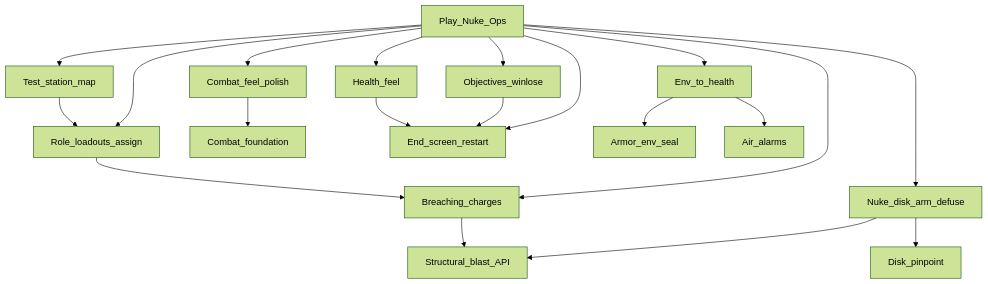
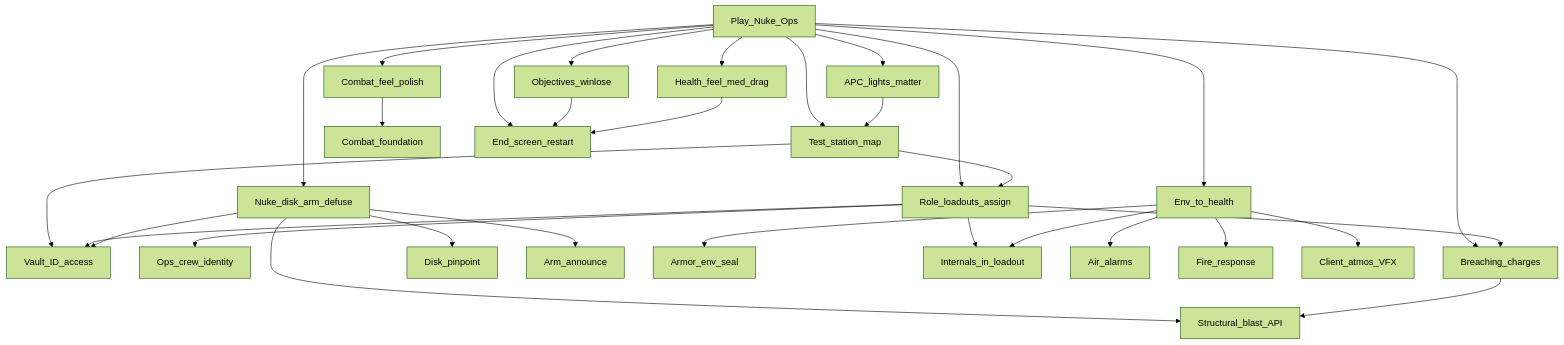
The diagram in Documents/milestones/mvp1-nuke-ops.md (henkhooft/SS3D), drawn with Mermaid (forest theme) before and after one commit. The commit also changed other lines of this file and 5 other files, not shown here.

First line of the commit message:
Widen MVP1 playtest bar and mark client atmos VFX shipped.

````diff
--- a/Documents/milestones/mvp1-nuke-ops.md
+++ b/Documents/milestones/mvp1-nuke-ops.md
@@ -27,38 +28,56 @@
 ```mermaid
 flowchart TB
   mvp1[Play_Nuke_Ops]
   map[Test_station_map]
   loadout[Role_loadouts_assign]
+  access[Vault_ID_access]
+  identity[Ops_crew_identity]
   combat[Combat_foundation]
   polish[Combat_feel_polish]
-  healthfeel[Health_feel]
+  healthfeel[Health_feel_med_drag]
   struct[Structural_blast_API]
   breach[Breaching_charges]
   nuke[Nuke_disk_arm_defuse]
   locator[Disk_pinpoint]
+  announce[Arm_announce]
   mode[Objectives_winlose]
   roundend[End_screen_restart]
   env[Env_to_health]
   armorseal[Armor_env_seal]
+  internals[Internals_in_loadout]
   alarms[Air_alarms]
+  fire[Fire_response]
+  power[APC_lights_matter]
+  atmosvfx[Client_atmos_VFX]
 
   mvp1 --> map
   mvp1 --> loadout
   mvp1 --> polish
   mvp1 --> healthfeel
   mvp1 --> nuke
   mvp1 --> mode
   mvp1 --> roundend
   mvp1 --> env
   mvp1 --> breach
+  mvp1 --> power
   map --> loadout
+  map --> access
+  loadout --> access
+  loadout --> identity
+  loadout --> internals
+  loadout --> breach
   polish --> combat
   nuke --> struct
   nuke --> locator
+  nuke --> announce
+  nuke --> access
   breach --> struct
-  loadout --> breach
   mode --> roundend
   env --> armorseal
+  env --> internals
   env --> alarms
+  env --> fire
+  env --> atmosvfx
   healthfeel --> roundend
+  power --> map
 ```
````
